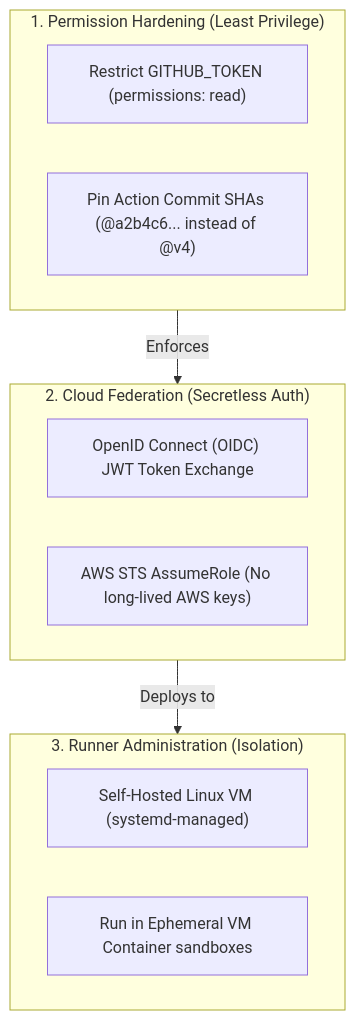
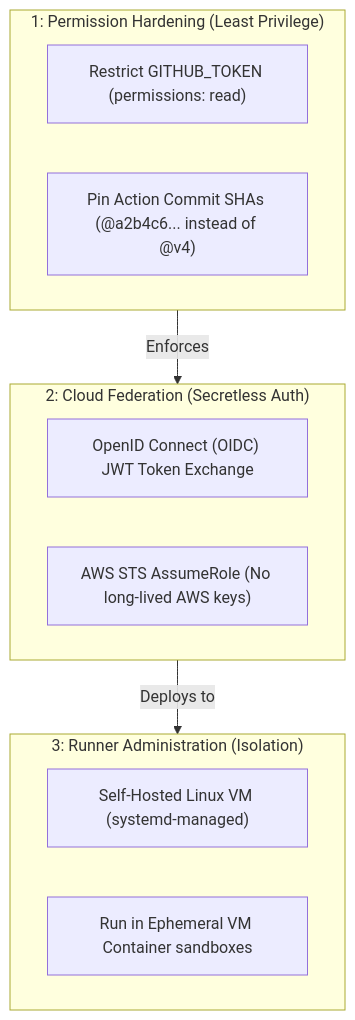
One commit to kmashour/BrainDump changed the first of 4 diagrams in Reference Notes/9-3_github_actions_administration_and_security.md. Above: the diagram before and after it, drawn with Mermaid. The commit also changed 134 other files, not shown here.

````diff
--- a/Reference Notes/9-3_github_actions_administration_and_security.md
+++ b/Reference Notes/9-3_github_actions_administration_and_security.md
@@ -22,20 +22,21 @@
 ```mermaid
 graph TD
-    subgraph SecurityShield["1. Permission Hardening (Least Privilege)"]
-        TokenPerms["Restrict GITHUB_TOKEN (permissions: read)"]
-        SHAPin["Pin Action Commit SHAs (@a2b4c6... instead of @v4)"]
-    end
 
-    subgraph TrustBroker["2. Cloud Federation (Secretless Auth)"]
-        OIDC["OpenID Connect (OIDC) JWT Token Exchange"]
-        CloudRole["AWS STS AssumeRole (No long-lived AWS keys)"]
-    end
+subgraph SecurityShield["1: Permission Hardening (Least Privilege)"]
+    TokenPerms["Restrict GITHUB_TOKEN (permissions: read)"]
+    SHAPin["Pin Action Commit SHAs (@a2b4c6... instead of @v4)"]
+end
 
-    subgraph RunnerZoning["3. Runner Administration (Isolation)"]
-        SelfHosted["Self-Hosted Linux VM (systemd-managed)"]
-        Sandbox["Run in Ephemeral VM Container sandboxes"]
-    end
+subgraph TrustBroker["2: Cloud Federation (Secretless Auth)"]
+    OIDC["OpenID Connect (OIDC) JWT Token Exchange"]
+    CloudRole["AWS STS AssumeRole (No long-lived AWS keys)"]
+end
 
-    SecurityShield -->|Enforces| TrustBroker
-    TrustBroker -->|Deploys to| RunnerZoning
+subgraph RunnerZoning["3: Runner Administration (Isolation)"]
+    SelfHosted["Self-Hosted Linux VM (systemd-managed)"]
+    Sandbox["Run in Ephemeral VM Container sandboxes"]
+end
+
+SecurityShield -->|Enforces| TrustBroker
+TrustBroker -->|Deploys to| RunnerZoning
 ```
````
